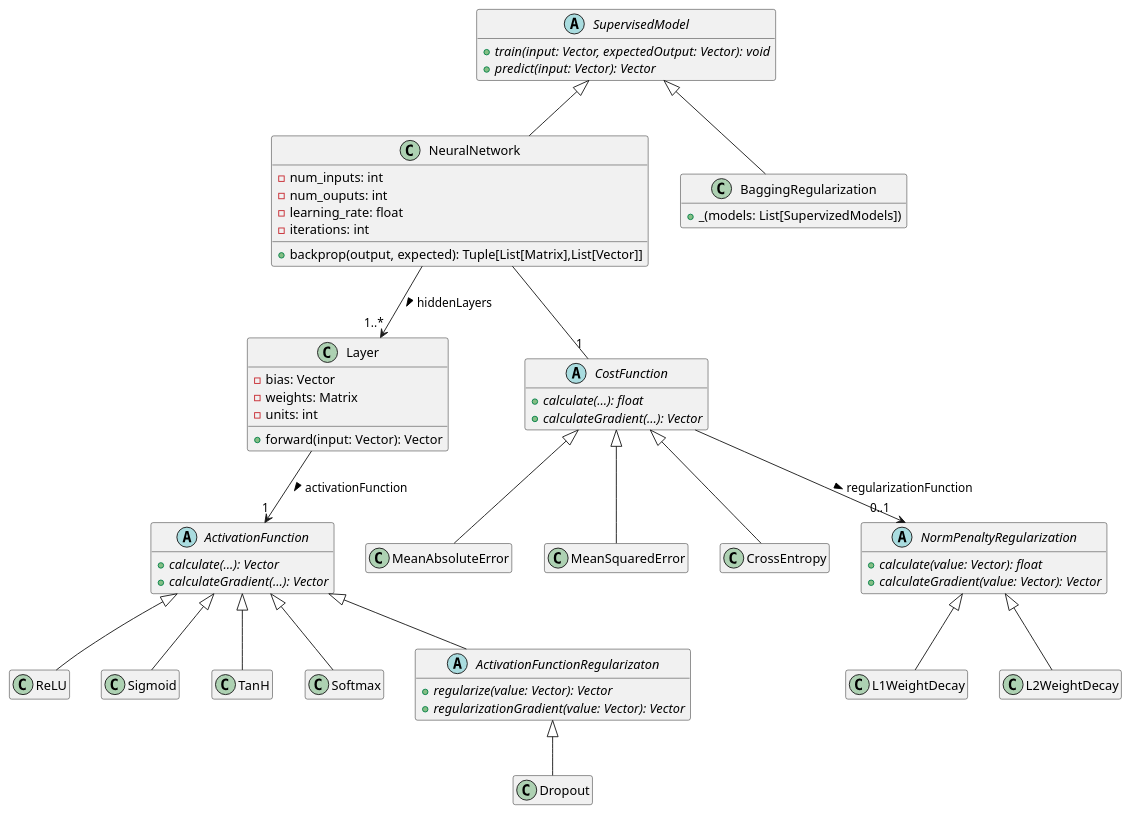
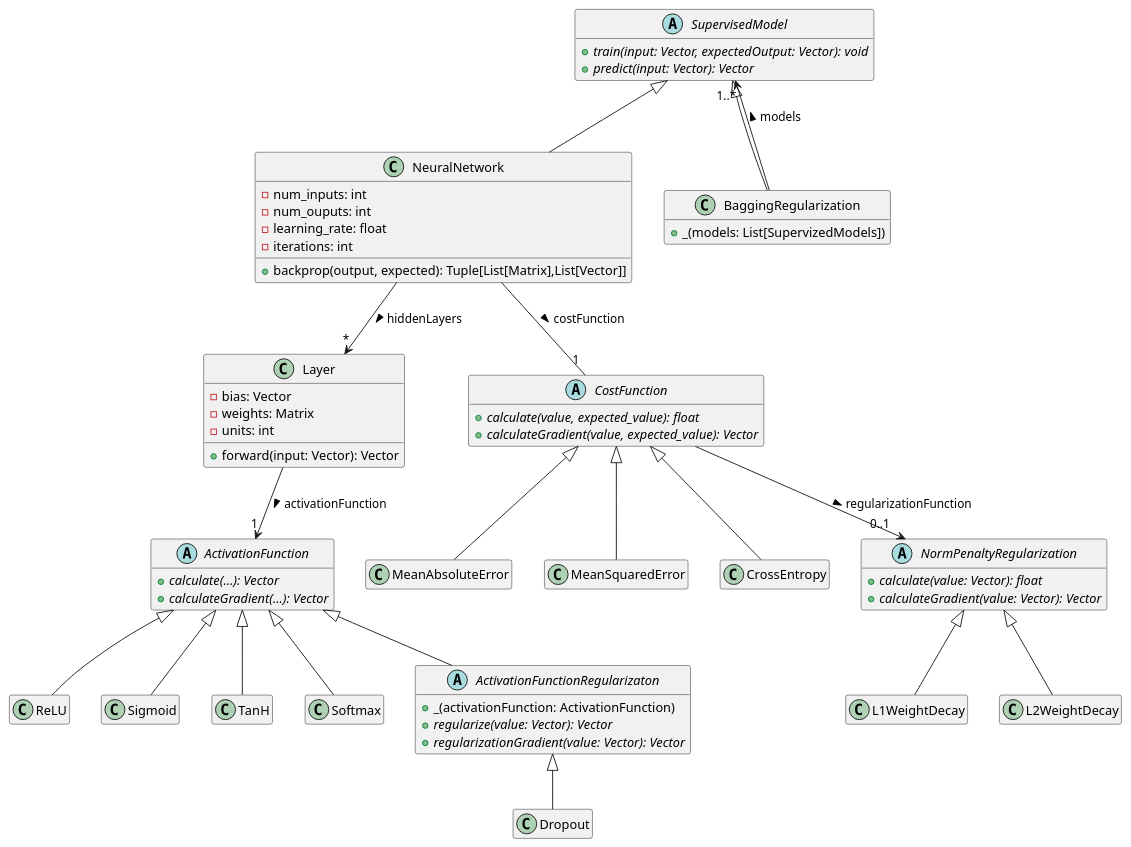
One commit to DLOOF/Deep-Learning-Object-Oriented-Framework-Python changed the diagram in model-diagram/model-diagram.plantuml. Above: the diagram before and after it, drawn with PlantUML. The commit also changed 5 other files, not shown here.

```diff
--- a/model-diagram/model-diagram.plantuml
+++ b/model-diagram/model-diagram.plantuml
@@ -1,88 +1,90 @@
 @startuml
 !pragma teoz true
 skinparam shadowing false
 ' skinparam monochrome true
 ' hide footbox
 hide empty members
 
 abstract class SupervisedModel {
       {abstract} + train(input: Vector, expectedOutput: Vector): void
       {abstract} + predict(input: Vector): Vector
 }
 
 class NeuralNetwork {
       - num_inputs: int
       - num_ouputs: int
       - learning_rate: float
       - iterations: int
 
       + backprop(output, expected): Tuple[List[Matrix],List[Vector]]
 }
 
 SupervisedModel <|-- NeuralNetwork
 
 class Layer {
       - bias: Vector
       - weights: Matrix
       - units: int
 
       + forward(input: Vector): Vector
 }
 
 abstract class CostFunction {
-      {abstract} + calculate(...): float
-      {abstract} + calculateGradient(...): Vector
+      {abstract} + calculate(value, expected_value): float
+      {abstract} + calculateGradient(value, expected_value): Vector
 }
 
 abstract class ActivationFunction {
       {abstract} + calculate(...): Vector
       {abstract} + calculateGradient(...): Vector
 }
 
-NeuralNetwork -- "1" CostFunction
-NeuralNetwork --> "1..*" Layer : hiddenLayers >
+NeuralNetwork -- "1" CostFunction : costFunction >
+NeuralNetwork --> "*" Layer : hiddenLayers >
 ' NeuralNetwork --> "1" Layer : outputLayer >
 
 Layer --> "1" ActivationFunction : activationFunction >
 
 
 
 CostFunction <|-- MeanAbsoluteError
 CostFunction <|-- MeanSquaredError
 CostFunction <|-- CrossEntropy
 
 ActivationFunction <|-- ReLU
 ActivationFunction <|-- Sigmoid
 ActivationFunction <|-- TanH
 ActivationFunction <|-- Softmax
 
 
 abstract class ActivationFunctionRegularizaton {
+	 + _(activationFunction: ActivationFunction)
 	 {abstract} + regularize(value: Vector): Vector
 	 {abstract} + regularizationGradient(value: Vector): Vector
 }
 
 class Dropout
 
 ActivationFunction <|-- ActivationFunctionRegularizaton
 ActivationFunctionRegularizaton <|-- Dropout
 
 class BaggingRegularization {
       + _(models: List[SupervizedModels])
 }
 
 SupervisedModel <|-- BaggingRegularization
+BaggingRegularization --> "1..*" SupervisedModel : models >
 
 abstract class NormPenaltyRegularization {
 	 {abstract} + calculate(value: Vector): float
 	 {abstract} + calculateGradient(value: Vector): Vector
 }
 
 class L1WeightDecay
 class L2WeightDecay
 
 NormPenaltyRegularization <|-- L1WeightDecay
 NormPenaltyRegularization <|-- L2WeightDecay
 CostFunction --> "0..1" NormPenaltyRegularization : regularizationFunction >
 
 @enduml
```
